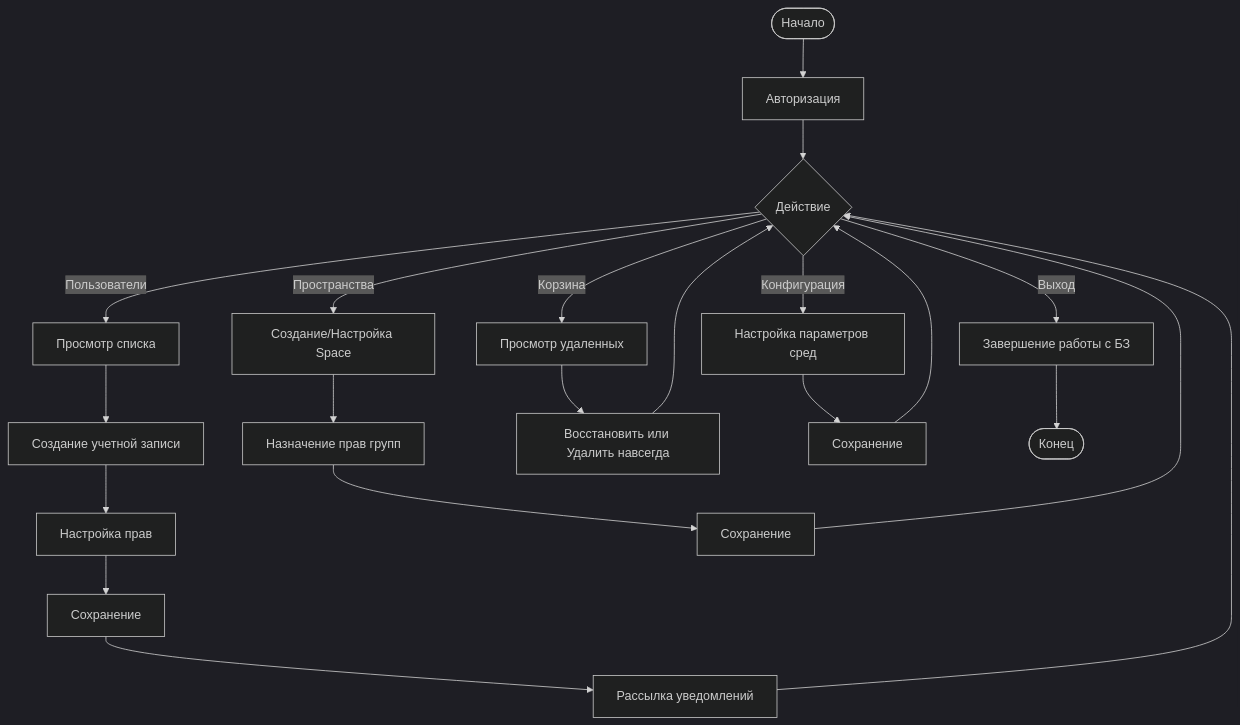
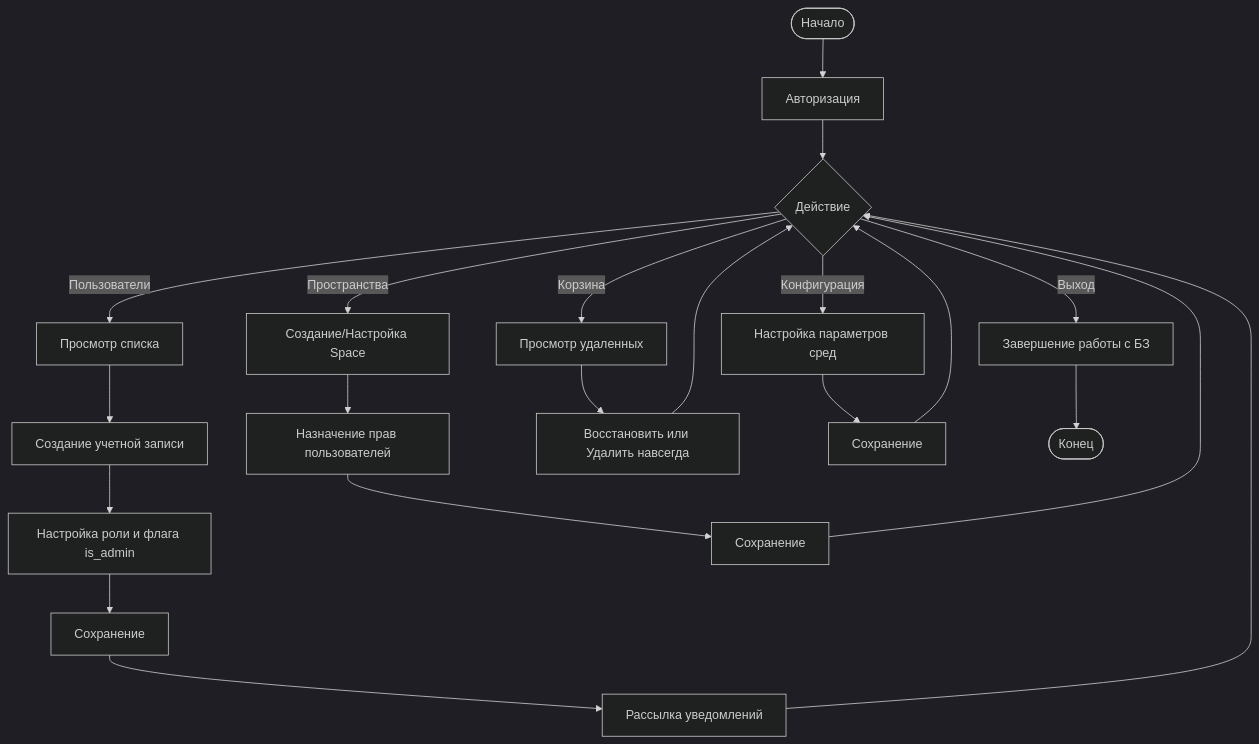
The third of 4 diagrams in base-requirements.md (C23-501-SoftDev/Docs), drawn with Mermaid (dark theme) before and after one commit. The commit also changed other lines of this file and 16 other files, not shown here.

````diff
--- a/base-requirements.md
+++ b/base-requirements.md
@@ -134,28 +172,28 @@
 ```mermaid
 graph TD
     Start([Начало]) --> Login[Авторизация]
     Login --> AdminAction{Действие}
     
     AdminAction -->|Пользователи| UserList[Просмотр списка]
     UserList --> AddUser[Создание учетной записи]
-    AddUser --> UserRights[Настройка прав]
+    AddUser --> UserRights[Настройка роли и флага is_admin]
     UserRights --> SaveUser[Сохранение]
     SaveUser --> SendNotifyUser[Рассылка уведомлений]
     SendNotifyUser --> AdminAction
     
     AdminAction -->|Пространства| CreateSpace[Создание/Настройка Space]
-    CreateSpace --> SpaceRights[Назначение прав групп]
+    CreateSpace --> SpaceRights[Назначение прав пользователей]
     SpaceRights --> SaveSpace[Сохранение]
     SaveSpace --> AdminAction
 
     AdminAction -->|Корзина| ViewTrash[Просмотр удаленных]
     ViewTrash --> RestoreOrHard[Восстановить или Удалить навсегда]
     RestoreOrHard --> AdminAction
     
     AdminAction -->|Конфигурация| Config[Настройка параметров сред]
     Config --> SaveConfig[Сохранение]
     SaveConfig --> AdminAction
     
     AdminAction -->|Выход| Logout[Завершение работы с БЗ]
     Logout --> End([Конец])
 ```
````
